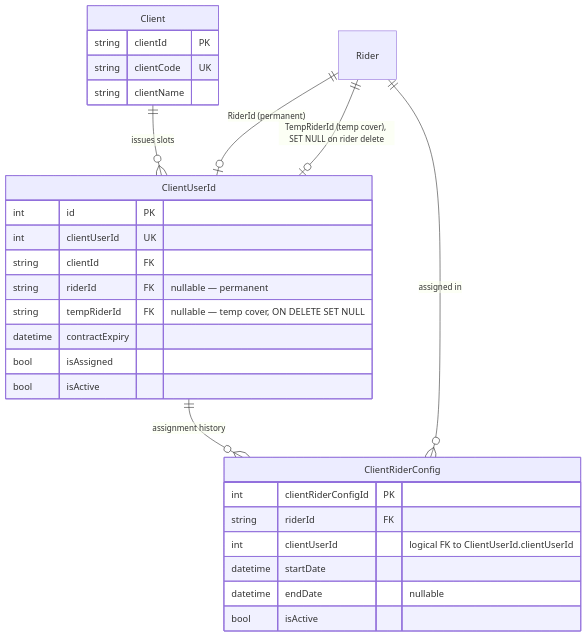
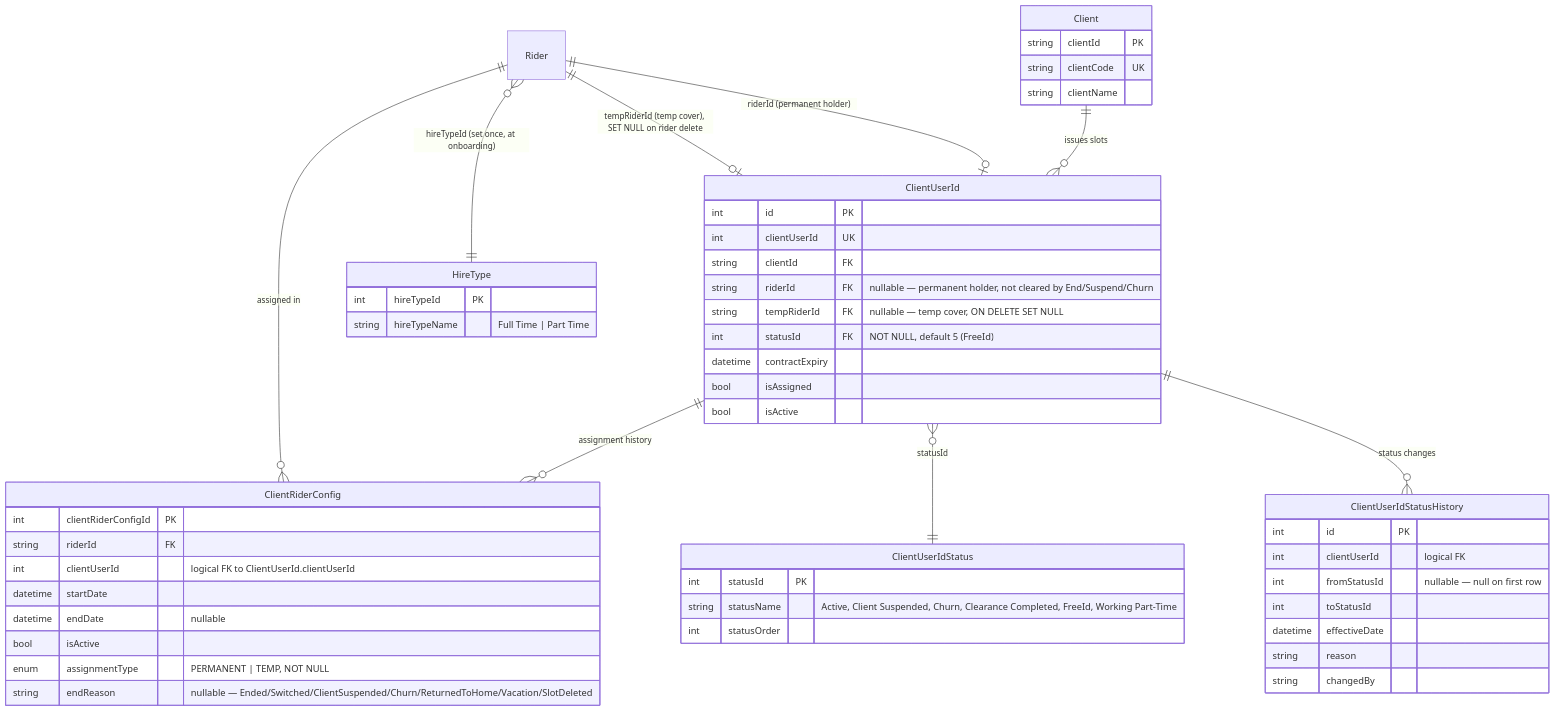
Before and after one commit to dev-sankar03/CAG.Admin.Docs: the fifth of 5 diagrams in docs/client-clientuserid-mapping.md, drawn with Mermaid. The commit also changed other lines of this file and 3 other files, not shown here.

First line of the commit message:
Document the Client User ID assignment rework

````diff
--- a/docs/client-clientuserid-mapping.md
+++ b/docs/client-clientuserid-mapping.md
@@ -174,32 +219,56 @@
 ```mermaid
 erDiagram
     Client ||--o{ ClientUserId : "issues slots"
     ClientUserId ||--o{ ClientRiderConfig : "assignment history"
+    ClientUserId }o--|| ClientUserIdStatus : "statusId"
+    ClientUserId ||--o{ ClientUserIdStatusHistory : "status changes"
     Rider ||--o{ ClientRiderConfig : "assigned in"
-    Rider ||--o| ClientUserId : "RiderId (permanent)"
-    Rider ||--o| ClientUserId : "TempRiderId (temp cover), SET NULL on rider delete"
+    Rider ||--o| ClientUserId : "riderId (permanent holder)"
+    Rider ||--o| ClientUserId : "tempRiderId (temp cover), SET NULL on rider delete"
+    Rider }o--|| HireType : "hireTypeId (set once, at onboarding)"
 
     Client {
         string clientId PK
         string clientCode UK
         string clientName
     }
+    ClientUserIdStatus {
+        int statusId PK
+        string statusName "Active, Client Suspended, Churn, Clearance Completed, FreeId, Working Part-Time"
+        int statusOrder
+    }
     ClientUserId {
         int id PK
         int clientUserId UK
         string clientId FK
-        string riderId FK "nullable — permanent"
+        string riderId FK "nullable — permanent holder, not cleared by End/Suspend/Churn"
         string tempRiderId FK "nullable — temp cover, ON DELETE SET NULL"
+        int statusId FK "NOT NULL, default 5 (FreeId)"
         datetime contractExpiry
         bool isAssigned
         bool isActive
     }
     ClientRiderConfig {
         int clientRiderConfigId PK
         string riderId FK
         int clientUserId "logical FK to ClientUserId.clientUserId"
         datetime startDate
         datetime endDate "nullable"
         bool isActive
+        enum assignmentType "PERMANENT | TEMP, NOT NULL"
+        string endReason "nullable — Ended/Switched/ClientSuspended/Churn/ReturnedToHome/Vacation/SlotDeleted"
+    }
+    ClientUserIdStatusHistory {
+        int id PK
+        int clientUserId "logical FK"
+        int fromStatusId "nullable — null on first row"
+        int toStatusId
+        datetime effectiveDate
+        string reason
+        string changedBy
+    }
+    HireType {
+        int hireTypeId PK
+        string hireTypeName "Full Time | Part Time"
     }
 ```
````
